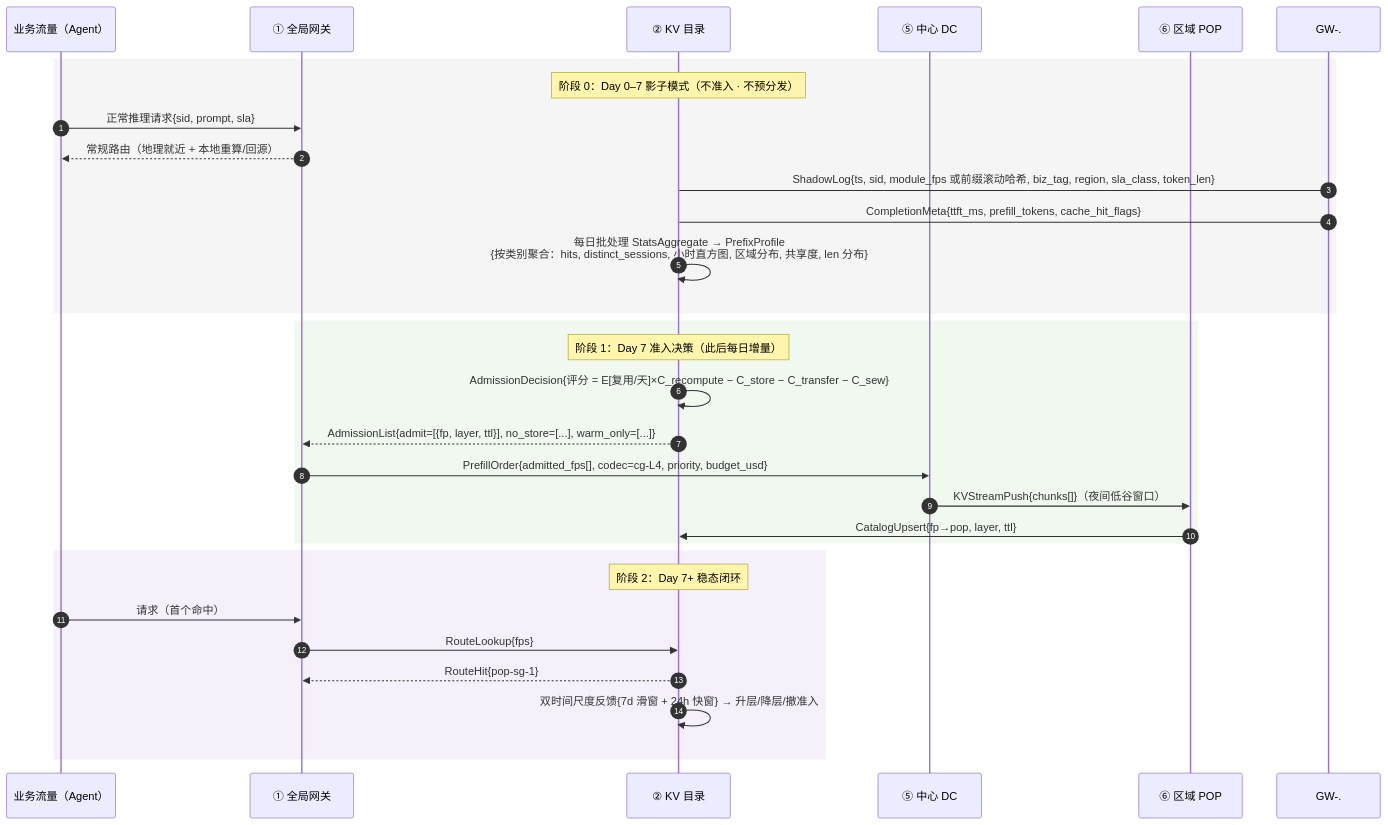
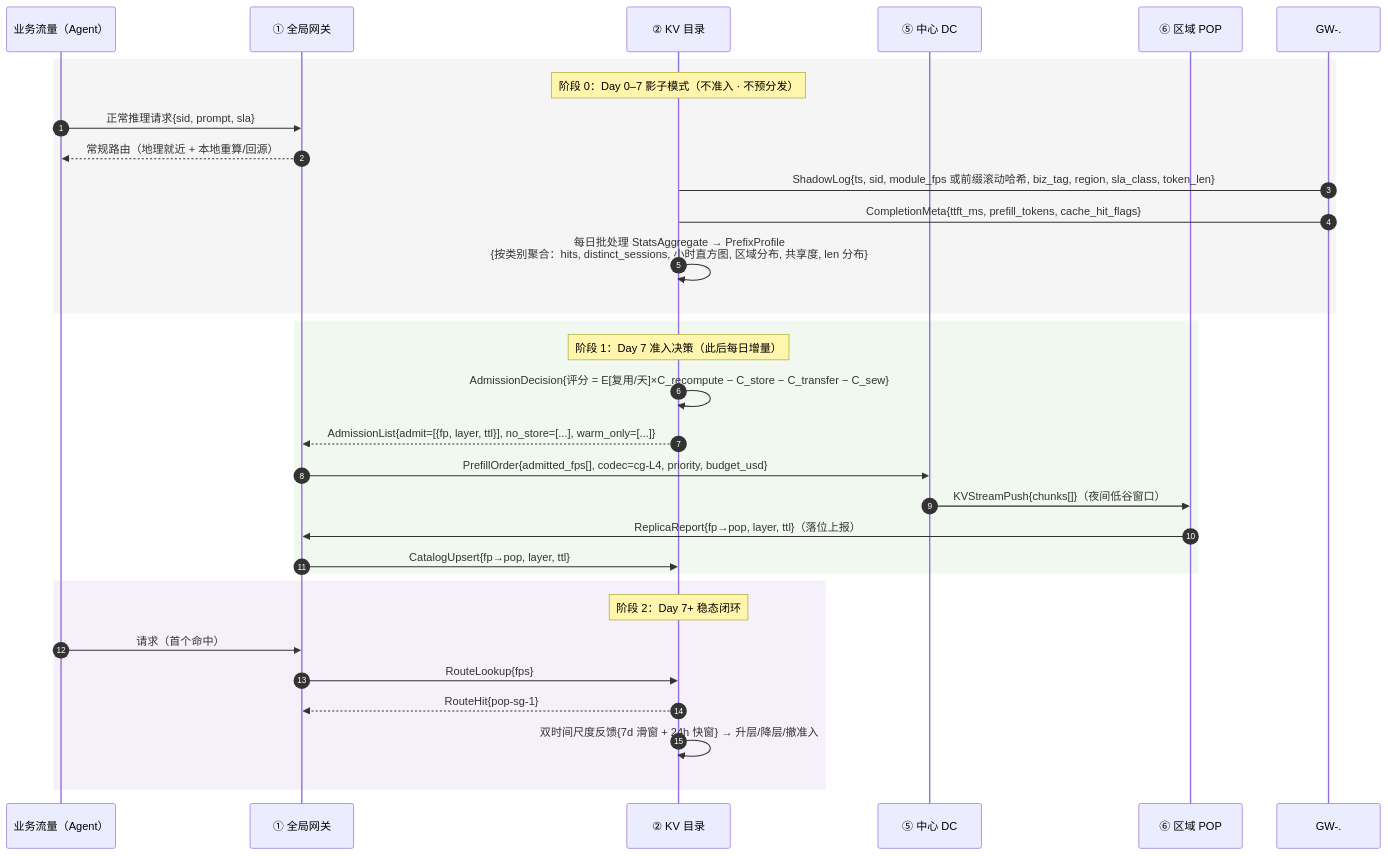
The seventh of 7 diagrams in KV Cache CDN 解决方案构想报告（完整版V3）.md (asml125-sketch/KVCacheCDNSolution), drawn with Mermaid before and after one commit. The commit also changed other lines of this file and 1 other file, not shown here.

````diff
--- a/KV Cache CDN 解决方案构想报告（完整版V3）.md
+++ b/KV Cache CDN 解决方案构想报告（完整版V3）.md
@@ -859,35 +866,36 @@
 ```mermaid
 sequenceDiagram
     autonumber
     participant A as 业务流量（Agent）
     participant GW as ① 全局网关
     participant CAT as ② KV 目录
     participant Core as ⑤ 中心 DC
     participant POP as ⑥ 区域 POP
 
     rect rgb(245,245,245)
     Note over CAT: 阶段 0：Day 0–7 影子模式（不准入 · 不预分发）
     A->>GW: 正常推理请求{sid, prompt, sla}
     GW-->>A: 常规路由（地理就近 + 本地重算/回源）
     GW-.->CAT: ShadowLog{ts, sid, module_fps 或前缀滚动哈希, biz_tag, region, sla_class, token_len}
     GW-.->CAT: CompletionMeta{ttft_ms, prefill_tokens, cache_hit_flags}
     CAT->>CAT: 每日批处理 StatsAggregate → PrefixProfile<br/>{按类别聚合：hits, distinct_sessions, 小时直方图, 区域分布, 共享度, len 分布}
     end
 
     rect rgb(240,248,240)
     Note over CAT: 阶段 1：Day 7 准入决策（此后每日增量）
     CAT->>CAT: AdmissionDecision{评分 = E[复用/天]×C_recompute − C_store − C_transfer − C_sew}
     CAT-->>GW: AdmissionList{admit=[{fp, layer, ttl}], no_store=[...], warm_only=[...]}
     GW->>Core: PrefillOrder{admitted_fps[], codec=cg-L4, priority, budget_usd}
     Core->>POP: KVStreamPush{chunks[]}（夜间低谷窗口）
-    POP->>CAT: CatalogUpsert{fp→pop, layer, ttl}
+    POP->>GW: ReplicaReport{fp→pop, layer, ttl}（落位上报）
+    GW->>CAT: CatalogUpsert{fp→pop, layer, ttl}
     end
 
     rect rgb(245,240,250)
     Note over CAT: 阶段 2：Day 7+ 稳态闭环
     A->>GW: 请求（首个命中）
     GW->>CAT: RouteLookup{fps}
     CAT-->>GW: RouteHit{pop-sg-1}
     CAT->>CAT: 双时间尺度反馈{7d 滑窗 + 24h 快窗} → 升层/降层/撤准入
     end
 ```
````
